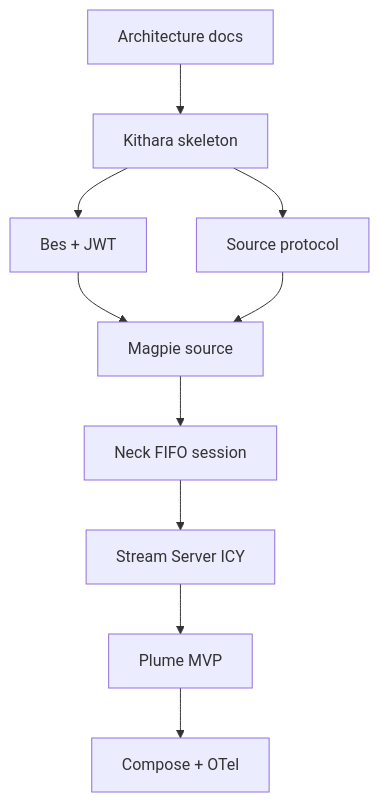
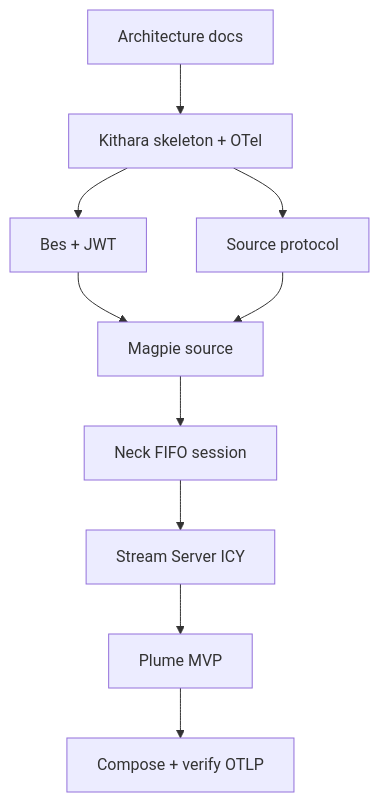
One commit to Bardie-radio/bardie-kithara changed the diagram in docs/architecture/mvp/v0.1-milestones.md. Above: the diagram before and after it, drawn with Mermaid. The commit also changed other lines of this file and 28 other files, not shown here.

````diff
--- a/docs/architecture/mvp/v0.1-milestones.md
+++ b/docs/architecture/mvp/v0.1-milestones.md
@@ -5,12 +5,12 @@
 ```mermaid
 flowchart TB
-  Docs[Architecture docs] --> Scaffold[Kithara skeleton]
+  Docs[Architecture docs] --> Scaffold[Kithara skeleton + OTel]
   Scaffold --> Bes[Bes + JWT]
   Scaffold --> Proto[Source protocol]
   Bes --> Magpie[Magpie source]
   Proto --> Magpie
   Magpie --> Neck[Neck FIFO session]
   Neck --> Stream[Stream Server ICY]
   Stream --> Plume[Plume MVP]
-  Plume --> Compose[Compose + OTel]
+  Plume --> Compose[Compose + verify OTLP]
 ```
````
